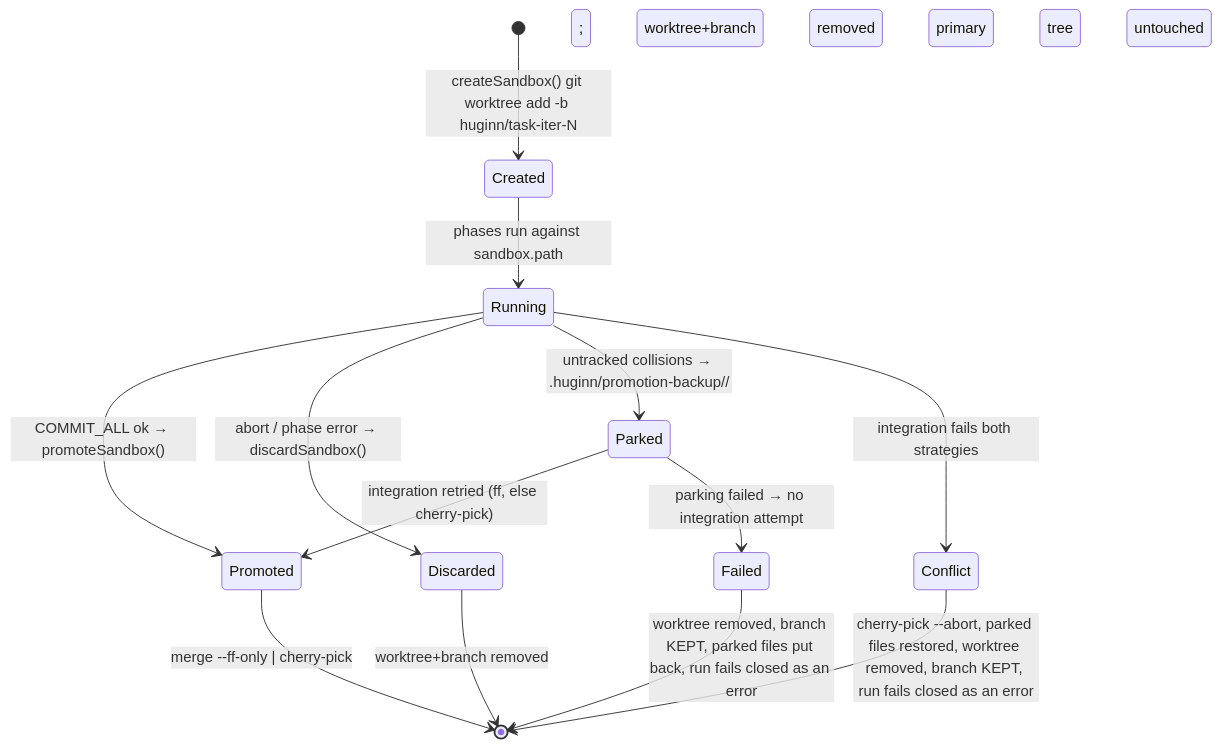
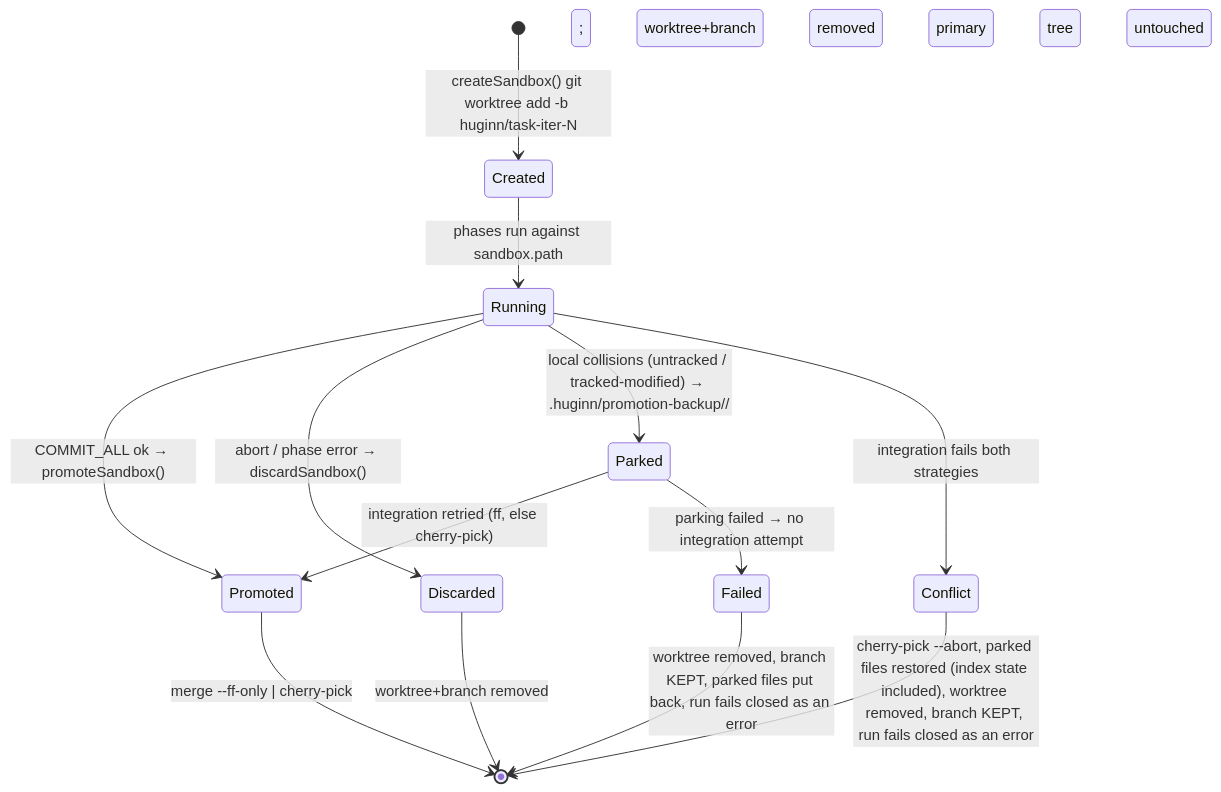
Before and after one commit to dahch/huginn: the tenth of 26 diagrams in DESIGN.md, drawn with Mermaid. The commit also changed other lines of this file and 5 other files, not shown here.

````diff
--- a/DESIGN.md
+++ b/DESIGN.md
@@ -858,15 +873,15 @@
 ```mermaid
 stateDiagram-v2
     [*] --> Created: createSandbox() git worktree add -b huginn/task-iter-N
     Created --> Running: phases run against sandbox.path
     Running --> Promoted: COMMIT_ALL ok → promoteSandbox()
     Running --> Discarded: abort / phase error → discardSandbox()
     Promoted --> [*]: merge --ff-only | cherry-pick; worktree+branch removed
     Discarded --> [*]: worktree+branch removed; primary tree untouched
-    Running --> Parked: untracked collisions → .huginn/promotion-backup/<stamp>/
+    Running --> Parked: local collisions (untracked / tracked-modified) → .huginn/promotion-backup/<stamp>/
     Parked --> Promoted: integration retried (ff, else cherry-pick)
     Parked --> Failed: parking failed → no integration attempt
     Running --> Conflict: integration fails both strategies
-    Conflict --> [*]: cherry-pick --abort, parked files restored, worktree removed, branch KEPT, run fails closed as an error
+    Conflict --> [*]: cherry-pick --abort, parked files restored (index state included), worktree removed, branch KEPT, run fails closed as an error
     Failed --> [*]: worktree removed, branch KEPT, parked files put back, run fails closed as an error
 ```
````
